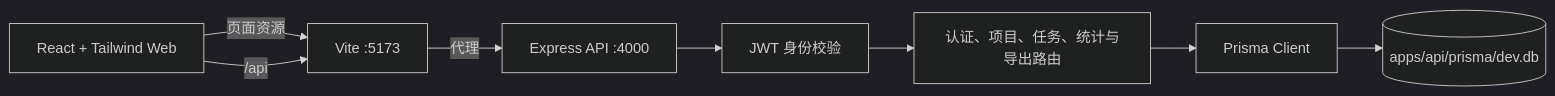
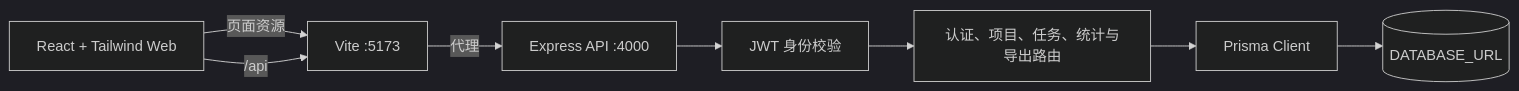
The first of 2 diagrams in ARCHITECTURE.md (shanse11/-taskpilot), drawn with Mermaid (dark theme) before and after one commit. The commit also changed other lines of this file and 18 other files, not shown here.

````diff
--- a/ARCHITECTURE.md
+++ b/ARCHITECTURE.md
@@ -7,10 +7,10 @@
 ```mermaid
 flowchart LR
   Browser[React + Tailwind Web] -->|页面资源| Vite[Vite :5173]
   Browser -->|/api| Vite
   Vite -->|代理| Express[Express API :4000]
   Express --> Auth[JWT 身份校验]
   Auth --> Routes[认证、项目、任务、统计与导出路由]
   Routes --> Prisma[Prisma Client]
-  Prisma --> SQLite[(apps/api/prisma/dev.db)]
+  Prisma --> PostgreSQL[(DATABASE_URL)]
 ```
````
